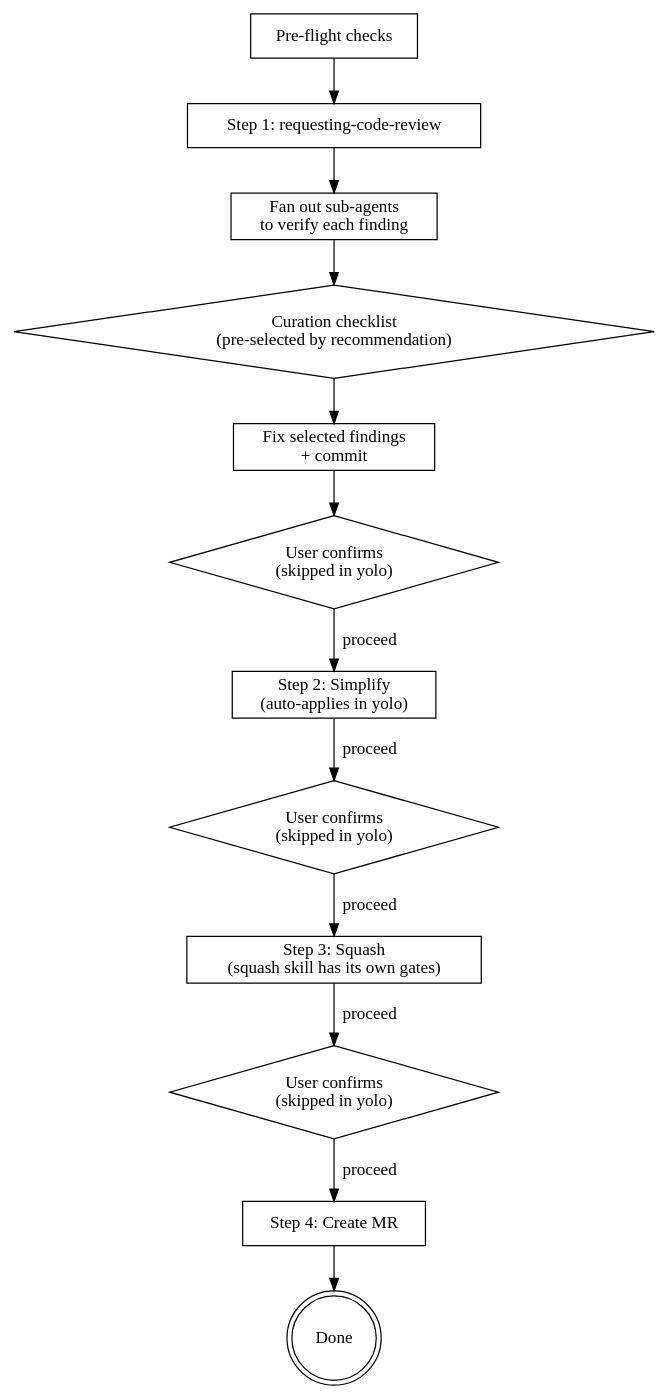
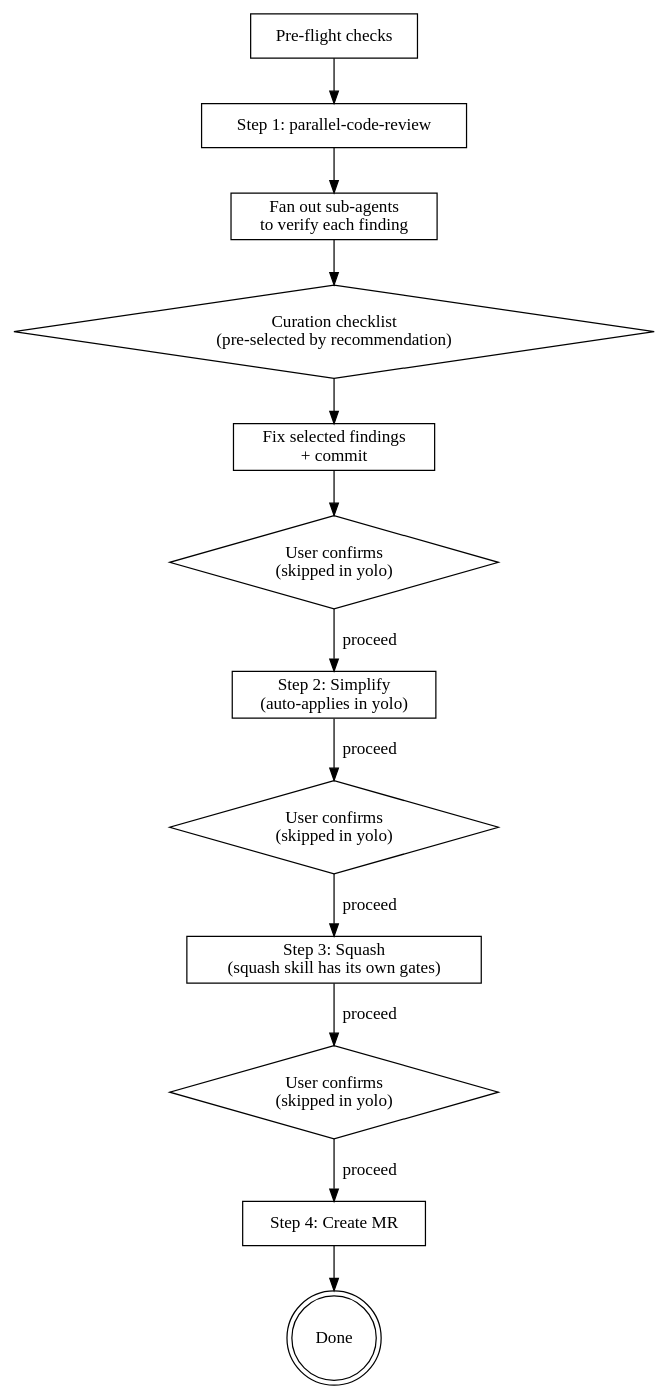
One commit to Minkey27/ai-skills changed the diagram in skills/finalize-branch/SKILL.md. Above: the diagram before and after it, drawn with Graphviz. The commit also changed other lines of this file and 1 other file, not shown here.

Commit message:
docs(finalize-branch,mr-review): update stale finder references to parallel-code-review

````diff
--- a/skills/finalize-branch/SKILL.md
+++ b/skills/finalize-branch/SKILL.md
@@ -69,25 +69,25 @@
 ```dot
 digraph finalize {
     rankdir=TB;
     node [shape=box];
 
     preflight [label="Pre-flight checks"];
-    review [label="Step 1: requesting-code-review"];
+    review [label="Step 1: parallel-code-review"];
     verify [label="Fan out sub-agents\nto verify each finding"];
     curate [label="Curation checklist\n(pre-selected by recommendation)" shape=diamond];
     fix [label="Fix selected findings\n+ commit"];
     gate1 [label="User confirms\n(skipped in yolo)" shape=diamond];
     simplify [label="Step 2: Simplify\n(auto-applies in yolo)"];
     gate2 [label="User confirms\n(skipped in yolo)" shape=diamond];
     squash [label="Step 3: Squash\n(squash skill has its own gates)"];
     gate3 [label="User confirms\n(skipped in yolo)" shape=diamond];
     mr [label="Step 4: Create MR"];
     done [label="Done" shape=doublecircle];
 
     preflight -> review -> verify -> curate -> fix -> gate1;
     gate1 -> simplify [label="proceed"];
     simplify -> gate2 -> squash [label="proceed"];
     squash -> gate3 -> mr [label="proceed"];
     mr -> done;
 }
 ```
````
